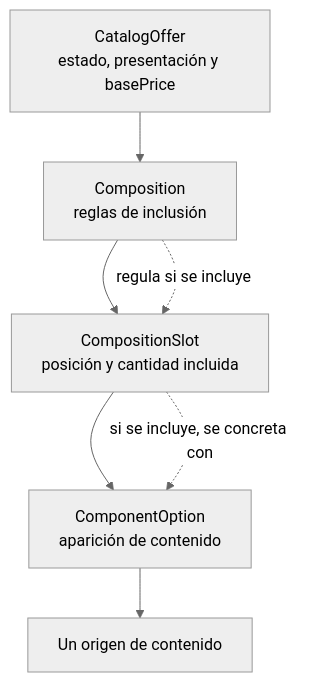
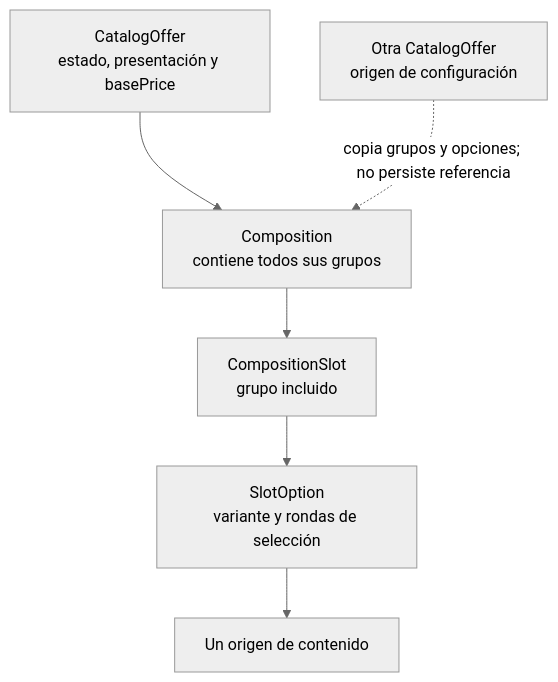
Before and after one commit to FMAT-Restaurant/Menu-Documentation: the second of 2 diagrams in docs/ers/context.md, drawn with Mermaid (neutral theme). The commit also changed other lines of this file and 10 other files, not shown here.

First line of the commit message:
Refine domain model documentation for Catalog Offer and Composition

````diff
--- a/docs/ers/context.md
+++ b/docs/ers/context.md
@@ -96,9 +98,8 @@
 ```mermaid
 flowchart TD
-    Offer["CatalogOffer<br/>estado, presentación y basePrice"] --> Composition["Composition<br/>reglas de inclusión"]
-    Composition --> Slot["CompositionSlot<br/>posición y cantidad incluida"]
-    Slot --> Option["ComponentOption<br/>aparición de contenido"]
-    Option --> Source["Un origen de contenido"]
-    Composition -. "regula si se incluye" .-> Slot
-    Slot -. "si se incluye, se concreta con" .-> Option
+    Offer["CatalogOffer<br/>estado, presentación y basePrice"] --> Composition["Composition<br/>contiene todos sus grupos"]
+    Composition --> Slot["CompositionSlot<br/>grupo incluido"]
+    Slot --> SlotOption["SlotOption<br/>variante y rondas de selección"]
+    SlotOption --> Source["Un origen de contenido"]
+    TemplateOffer["Otra CatalogOffer<br/>origen de configuración"] -. "copia grupos y opciones; no persiste referencia" .-> Composition
 ```
````
